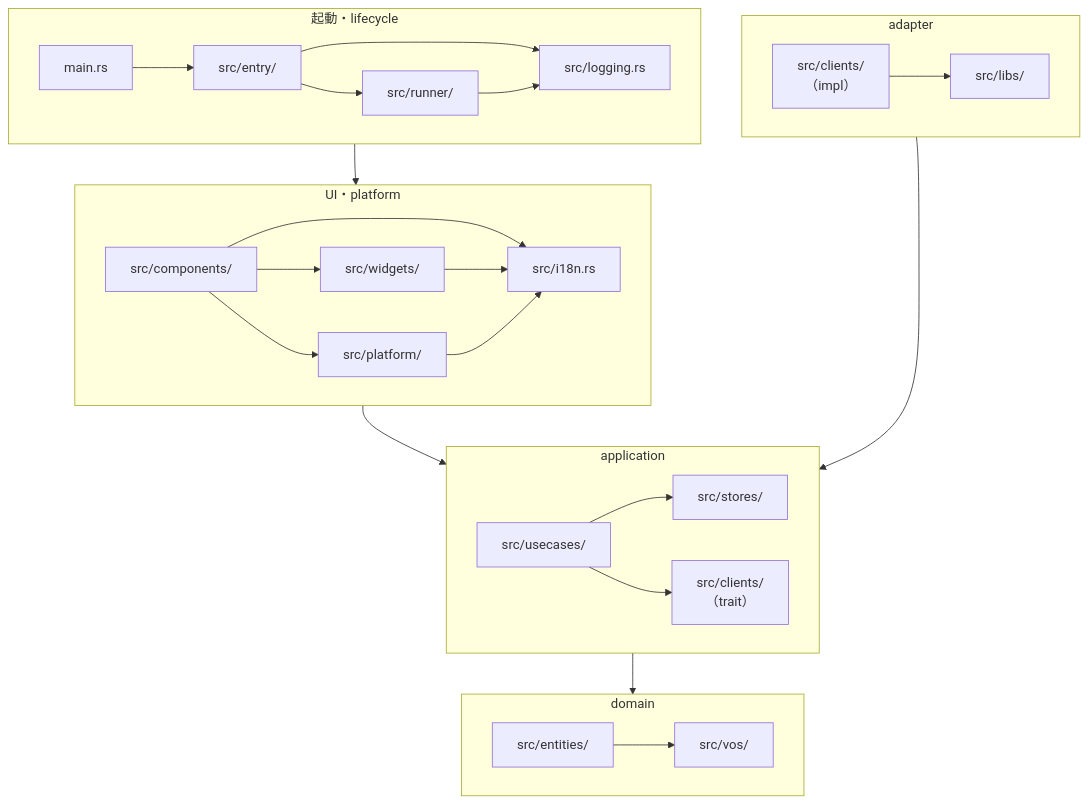
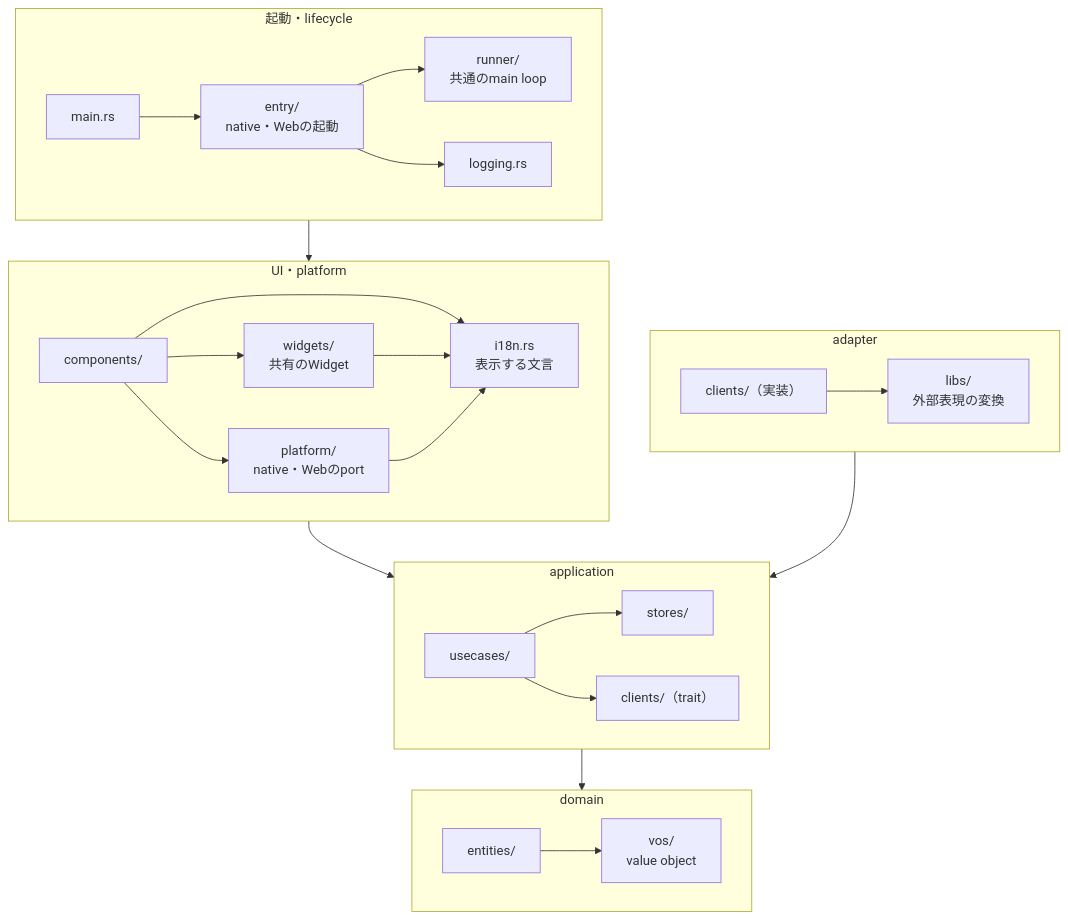
The third of 4 diagrams in docs/architecture.md (ano333333/redmine-tui), drawn with Mermaid before and after one commit. The commit also changed other lines of this file and 10 other files, not shown here.

Commit message:
docs: restructure architecture.md by C4 layers and move rules to AGENTS.md

````diff
--- a/docs/architecture.md
+++ b/docs/architecture.md
@@ -67,36 +89,34 @@
 ```mermaid
 flowchart TD
     subgraph layer_boot["起動・lifecycle"]
-        main["main.rs"] --> entry["src/entry/"]
-        entry --> runner["src/runner/"]
-        entry --> logging["src/logging.rs"]
-        runner --> logging
+        main["main.rs"] --> entry["entry/<br/>native・Webの起動"]
+        entry --> runner["runner/<br/>共通のmain loop"]
+        entry --> logging["logging.rs"]
     end
 
     subgraph layer_adapter["adapter"]
-        client_impls["src/clients/<br/>（impl）"] --> libs["src/libs/"]
+        client_impls["clients/（実装）"] --> libs["libs/<br/>外部表現の変換"]
     end
 
     subgraph layer_ui["UI・platform"]
-        components["src/components/"] --> widgets["src/widgets/"]
-        components --> platform["src/platform/"]
-        components --> i18n["src/i18n.rs"]
+        components["components/"] --> widgets["widgets/<br/>共有のWidget"]
+        components --> platform["platform/<br/>native・Webのport"]
+        components --> i18n["i18n.rs<br/>表示する文言"]
         widgets --> i18n
         platform --> i18n
     end
 
     subgraph layer_app["application"]
-        usecases["src/usecases/"] --> stores["src/stores/"]
-        usecases --> client_trait["src/clients/<br/>（trait）"]
+        usecases["usecases/"] --> stores["stores/"]
+        usecases --> client_trait["clients/（trait）"]
     end
 
     subgraph layer_domain["domain"]
-        entities["src/entities/"] --> vos["src/vos/"]
+        entities["entities/"] --> vos["vos/<br/>value object"]
     end
 
     layer_boot --> layer_ui
     layer_ui --> layer_app
     layer_adapter --> layer_app
-    layer_adapter ~~~ layer_ui
     layer_app --> layer_domain
 ```
````
